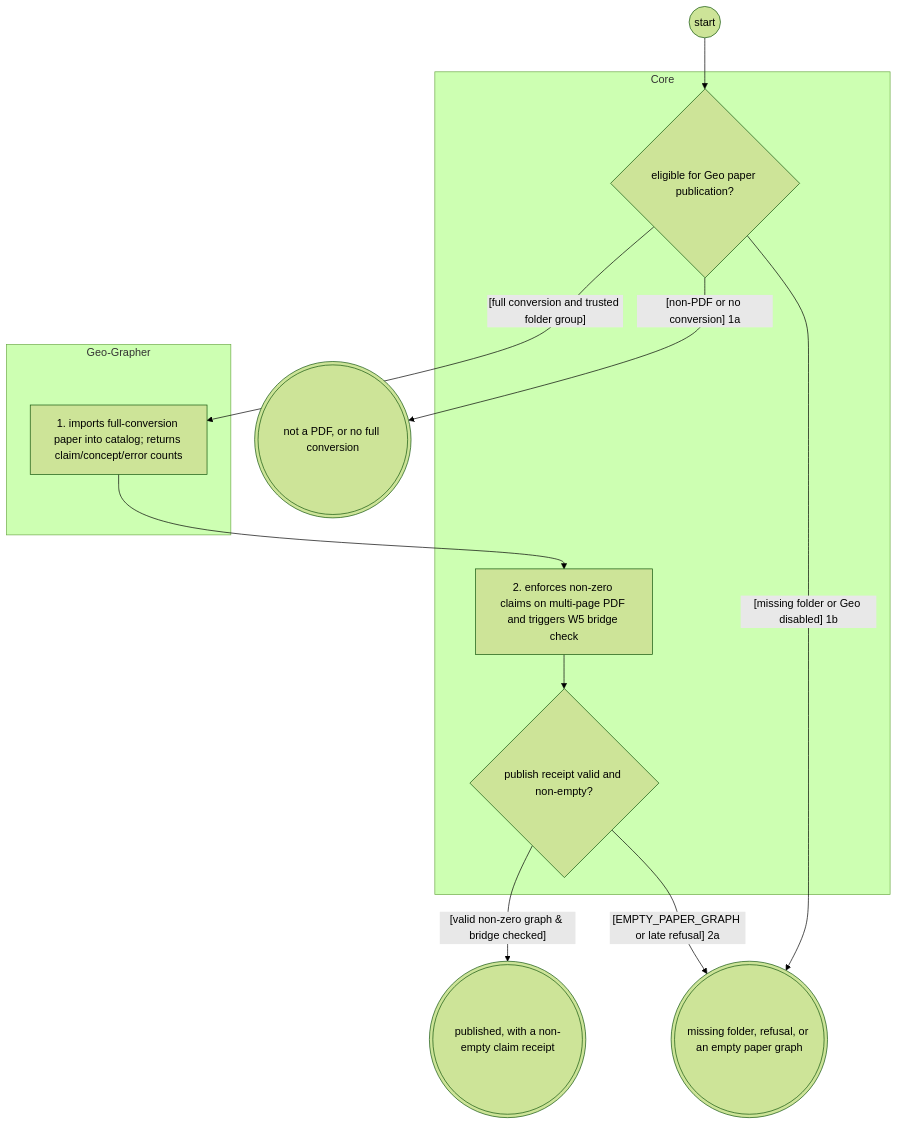
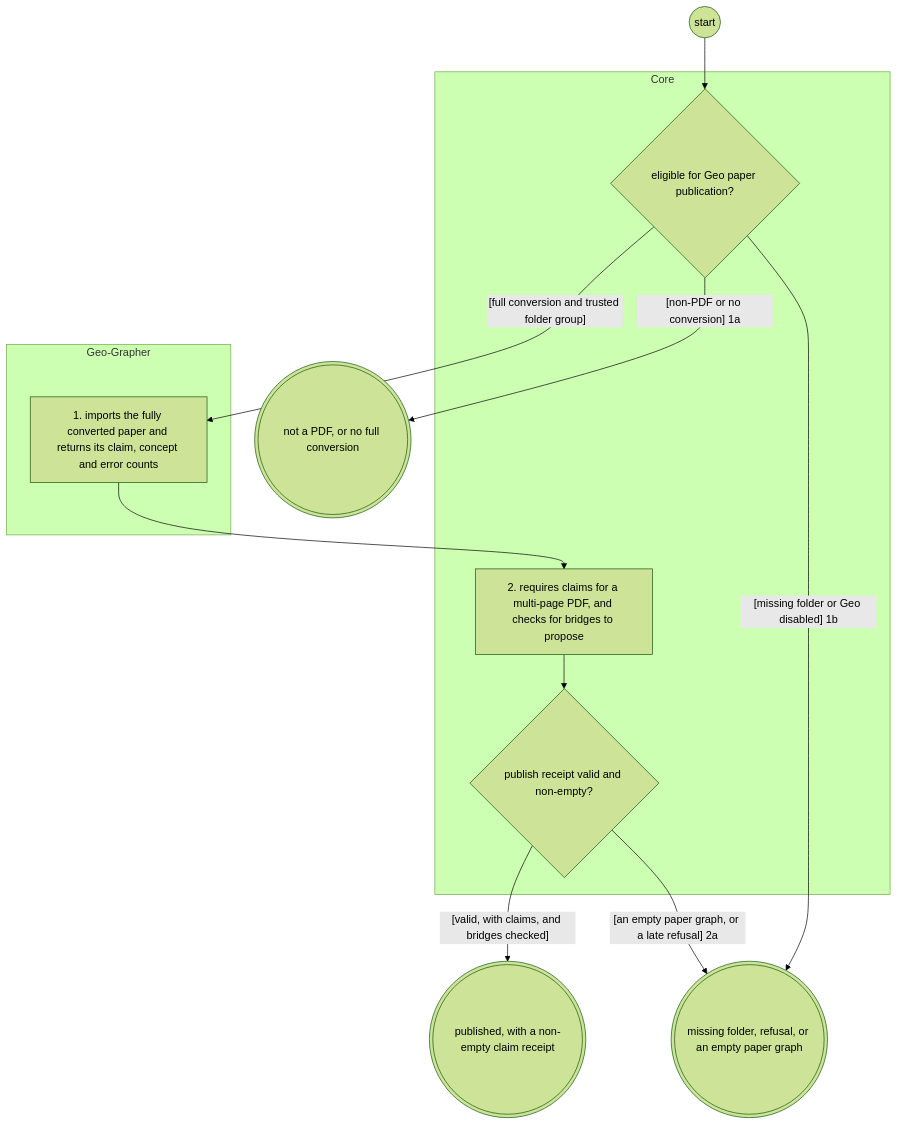
One commit to Jake36999/Librarian_V2 changed the diagram in reports/2026-11-25-systems-analysis-finalisation/librarian/to-be/views/paper-publication.views.md. Above: the diagram before and after it, drawn with Mermaid (forest theme). The commit also changed other lines of this file and 37 other files, not shown here.

````diff
--- a/reports/2026-11-25-systems-analysis-finalisation/librarian/to-be/views/paper-publication.views.md
+++ b/reports/2026-11-25-systems-analysis-finalisation/librarian/to-be/views/paper-publication.views.md
@@ -39,24 +39,24 @@
 ```mermaid
 flowchart TD
   subgraph Core["Core"]
     dpub{"eligible for Geo paper publication?"}
-    pubreceipt["2. enforces non-zero claims on multi-page PDF and triggers W5 bridge check"]
+    pubreceipt["2. requires claims for a multi-page PDF, and checks for bridges to propose"]
     dpubok{"publish receipt valid and non-empty?"}
   end
   subgraph Geo_Grapher["Geo-Grapher"]
-    publish["1. imports full-conversion paper into catalog; returns claim/concept/error counts"]
+    publish["1. imports the fully converted paper and returns its claim, concept and error counts"]
   end
   s(("start"))
   e_success((("published, with a non-empty claim receipt")))
   e_not_applicable((("not a PDF, or no full conversion")))
   e_gap((("missing folder, refusal, or an empty paper graph")))
   s --> dpub
   dpub -->|"[full conversion and trusted folder group]"| publish
   dpub -->|"[non-PDF or no conversion] 1a"| e_not_applicable
   dpub -->|"[missing folder or Geo disabled] 1b"| e_gap
   publish --> pubreceipt
   pubreceipt --> dpubok
-  dpubok -->|"[valid non-zero graph & bridge checked]"| e_success
-  dpubok -->|"[EMPTY_PAPER_GRAPH or late refusal] 2a"| e_gap
+  dpubok -->|"[valid, with claims, and bridges checked]"| e_success
+  dpubok -->|"[an empty paper graph, or a late refusal] 2a"| e_gap
   classDef ext stroke:#d9534f,stroke-width:2px
 ```
````
